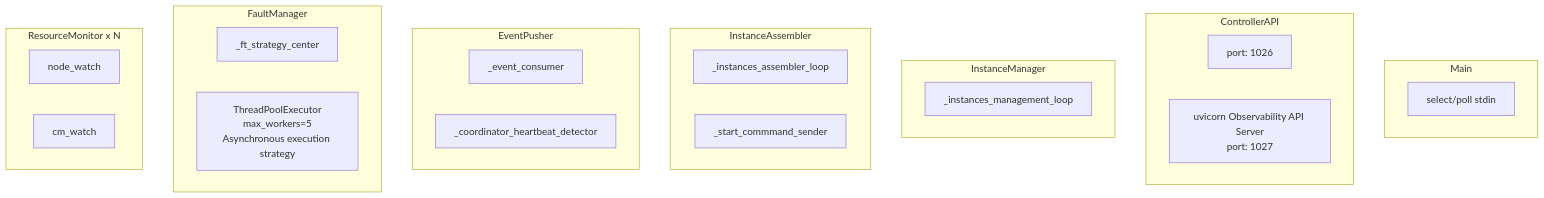
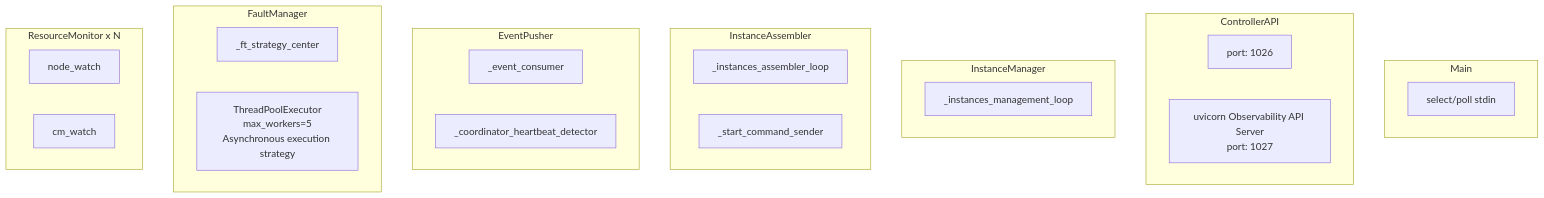
Before and after one commit to Ascend/MindIE-Motor: the third of 10 diagrams in docs/en/developer_guide/components/controller.md, drawn with Mermaid. The commit also changed other lines of this file and 9 other files, not shown here.

````diff
--- a/docs/en/developer_guide/components/controller.md
+++ b/docs/en/developer_guide/components/controller.md
@@ -110,29 +110,29 @@
 ```mermaid
 flowchart TB
     subgraph Main
         main_loop[select/poll stdin]
     end
     subgraph API[ControllerAPI]
         uvicorn_main[port: 1026]
         uvicorn_obs[uvicorn Observability API Server<br/>port: 1027]
     end
     subgraph IM[InstanceManager]
         mgmt_loop[_instances_management_loop<br/>]
     end
     subgraph IA[InstanceAssembler]
         assembler_loop[_instances_assembler_loop]
-        cmd_sender[_start_commmand_sender]
+        cmd_sender[_start_command_sender]
     end
     subgraph EP[EventPusher]
         event_consumer[_event_consumer]
         hb_detector[_coordinator_heartbeat_detector]
     end
     subgraph FM[FaultManager]
         strategy_center[_ft_strategy_center]
         thread_pool[ThreadPoolExecutor<br/>max_workers=5<br/>Asynchronous execution strategy]
     end
     subgraph RM[ResourceMonitor x N]
         node_watch
         cm_watch
     end
 ```
````
